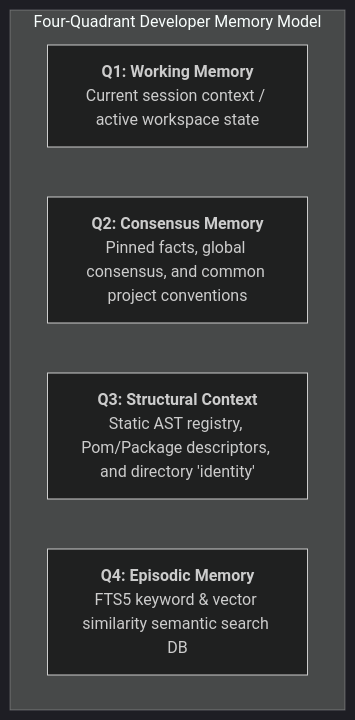
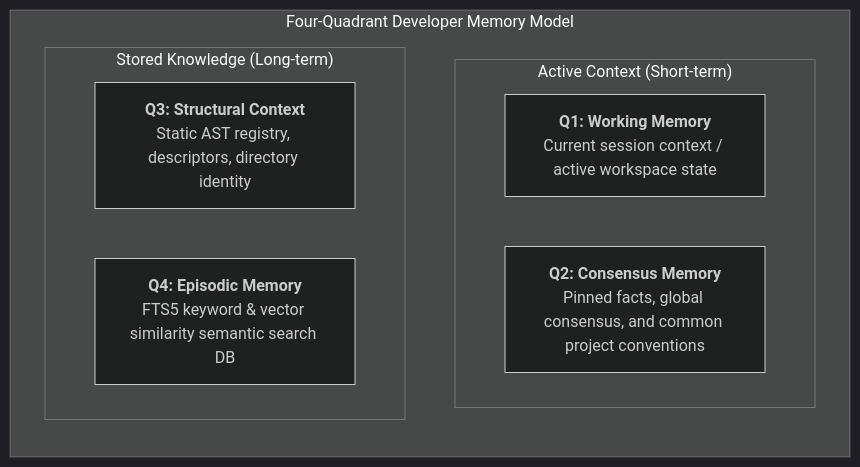
Before and after one commit to iaemeath/QMem: the first of 2 diagrams in README.md, drawn with Mermaid (dark theme). The commit also changed other lines of this file and 1 other file, not shown here.

Commit message:
Update README with 2x2 layout, working modes, codebase-memory attribution, and add LICENSE file.

````diff
--- a/README.md
+++ b/README.md
@@ -12,9 +14,16 @@
 ```mermaid
-graph TD
+flowchart TB
     subgraph "Four-Quadrant Developer Memory Model"
-        Q1["<b>Q1: Working Memory</b><br/>Current session context / active workspace state"]
-        Q2["<b>Q2: Consensus Memory</b><br/>Pinned facts, global consensus, and common project conventions"]
-        Q3["<b>Q3: Structural Context</b><br/>Static AST registry, Pom/Package descriptors, and directory 'identity'"]
-        Q4["<b>Q4: Episodic Memory</b><br/>FTS5 keyword & vector similarity semantic search DB"]
+        direction TB
+        subgraph Active ["Active Context (Short-term)"]
+            direction LR
+            Q1["<b>Q1: Working Memory</b><br/>Current session context / active workspace state"]
+            Q2["<b>Q2: Consensus Memory</b><br/>Pinned facts, global consensus, and common project conventions"]
+        end
+        subgraph Stored ["Stored Knowledge (Long-term)"]
+            direction LR
+            Q3["<b>Q3: Structural Context</b><br/>Static AST registry, descriptors, directory identity"]
+            Q4["<b>Q4: Episodic Memory</b><br/>FTS5 keyword & vector similarity semantic search DB"]
+        end
     end
 ```
````
